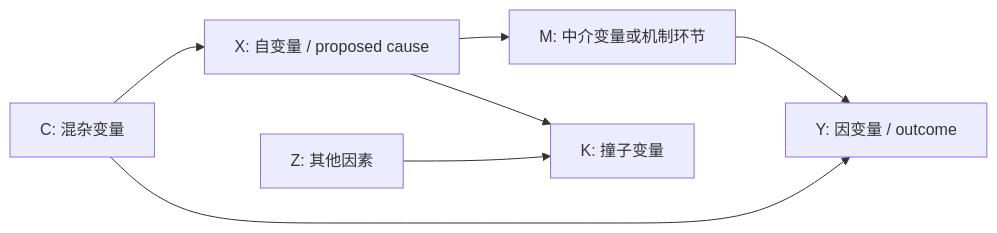
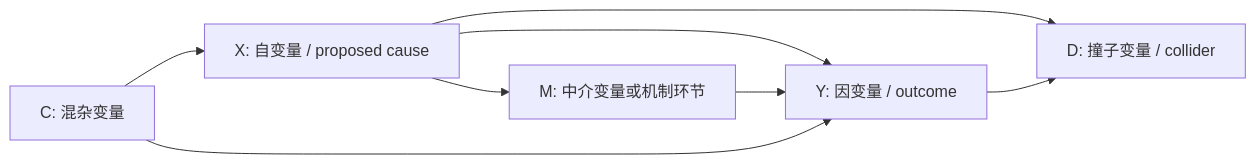
One commit to Y02-26/ir-research-architect-skill changed the first of 2 diagrams in references/causal-explanation.md. Above: the diagram before and after it, drawn with Mermaid. The commit also changed other lines of this file and 1 other file, not shown here.

Commit message:
Correct collider variable diagram

````diff
--- a/references/causal-explanation.md
+++ b/references/causal-explanation.md
@@ -175,10 +179,10 @@
 ```mermaid
 flowchart LR
-  X["X: 自变量 / proposed cause"] --> M["M: 中介变量或机制环节"]
-  M --> Y["Y: 因变量 / outcome"]
+  X["X: 自变量 / proposed cause"] --> Y["Y: 因变量 / outcome"]
+  X --> M["M: 中介变量或机制环节"]
+  M --> Y
   C["C: 混杂变量"] --> X
   C --> Y
-  K["K: 撞子变量"] 
-  X --> K
-  Z["Z: 其他因素"] --> K
+  X --> D["D: 撞子变量 / collider"]
+  Y --> D
 ```
````
